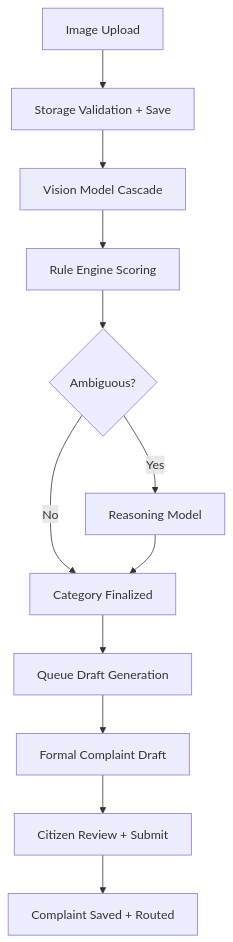
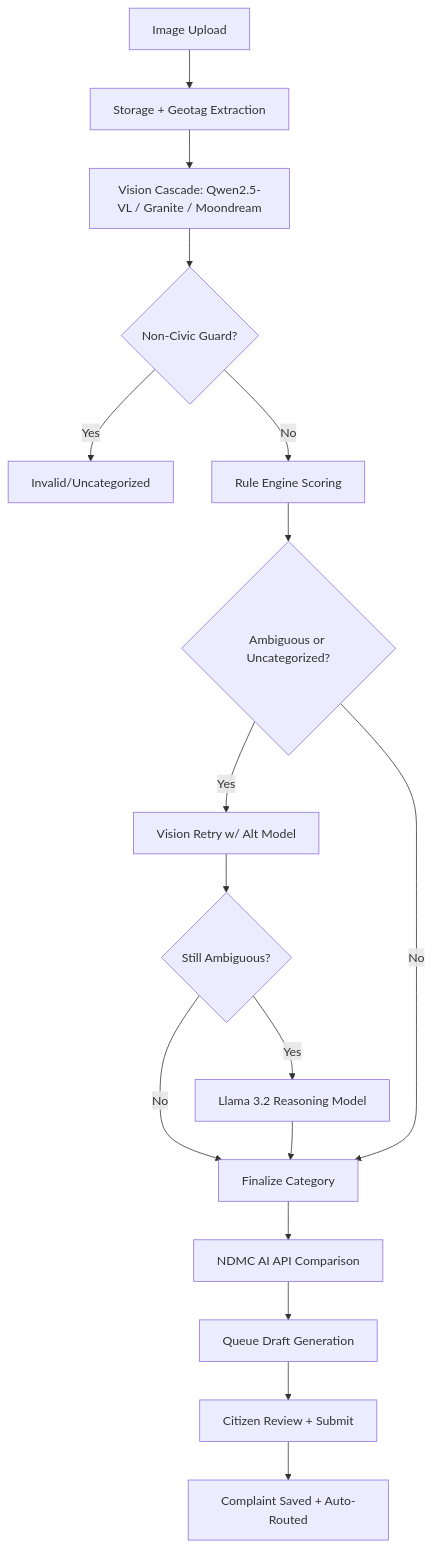
One commit to ark5234/Jan-Sunwai-AI changed the first of 10 diagrams in docs/DIAGRAMS.md. Above: the diagram before and after it, drawn with Mermaid. The commit also changed other lines of this file and 26 other files, not shown here.

````diff
--- a/docs/DIAGRAMS.md
+++ b/docs/DIAGRAMS.md
@@ -22,14 +22,19 @@
 ```mermaid
 flowchart TD
-    A[Image Upload] --> B[Storage Validation + Save]
-    B --> C[Vision Model Cascade]
-    C --> D[Rule Engine Scoring]
-    D --> E{Ambiguous?}
-    E -->|No| F[Category Finalized]
-    E -->|Yes| G[Reasoning Model]
-    G --> F
-    F --> H[Queue Draft Generation]
-    H --> I[Formal Complaint Draft]
-    I --> J[Citizen Review + Submit]
-    J --> K[Complaint Saved + Routed]
+    A[Image Upload] --> B[Storage + Geotag Extraction]
+    B --> C[Vision Cascade: Qwen2.5-VL / Granite / Moondream]
+    C --> D{Non-Civic Guard?}
+    D -->|Yes| E[Invalid/Uncategorized]
+    D -->|No| F[Rule Engine Scoring]
+    F --> G{Ambiguous or Uncategorized?}
+    G -->|Yes| H[Vision Retry w/ Alt Model]
+    H --> I{Still Ambiguous?}
+    I -->|Yes| J[Llama 3.2 Reasoning Model]
+    I -->|No| K[Finalize Category]
+    J --> K
+    G -->|No| K
+    K --> L[NDMC AI API Comparison]
+    L --> M[Queue Draft Generation]
+    M --> N[Citizen Review + Submit]
+    N --> O[Complaint Saved + Auto-Routed]
 ```
````
